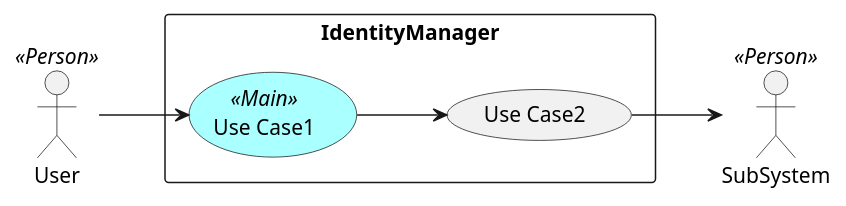
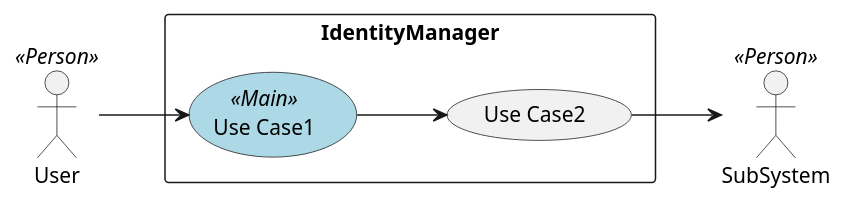
One commit to CAADE/C3 changed the diagram in docs/Solution/IdentityManager/UseCases.puml. Above: the diagram before and after it, drawn with PlantUML. The commit also changed 252 other files, not shown here.

```diff
--- a/docs/Solution/IdentityManager/UseCases.puml
+++ b/docs/Solution/IdentityManager/UseCases.puml
@@ -1,23 +1,23 @@
 @startuml
 
 left to right direction
 
 skinparam usecase {
-  BackgroudnColor #ffffaa
-  BackgroundColor<<Main>> #aaffff
+  BackgroudnColor #lightgreen
+  BackgroundColor<<Main>> #lightblue
 }
 actor :User: <<Person>>
 actor :SubSystem: <<Person>>
 
 
 rectangle "IdentityManager" {
 UseCase UC1 <<Main>> as "Use Case1"
 UseCase UC2  as "Use Case2"
 
 
 User --> UC1
 UC1 --> UC2
 UC2 --> SubSystem
 }
 
 @enduml
```
